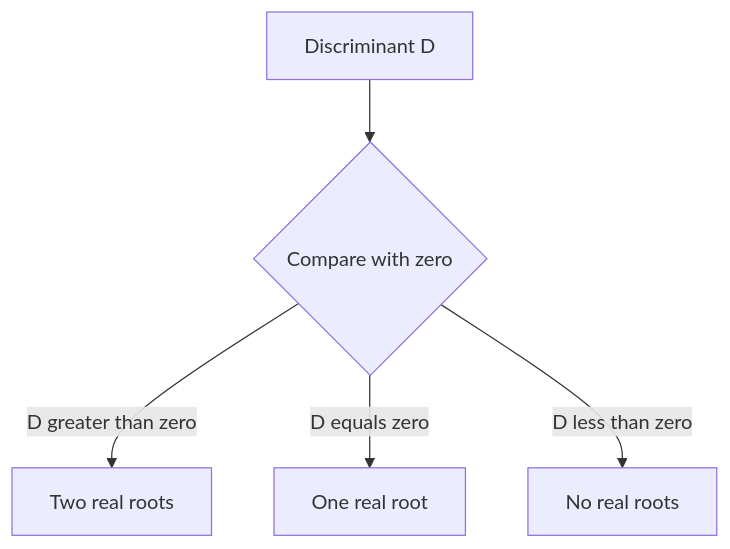
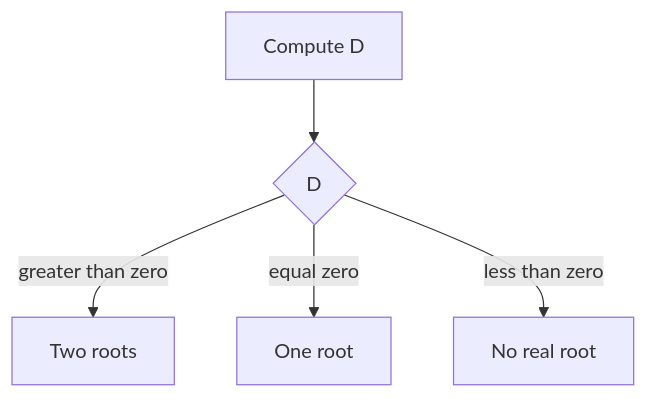
Before and after one commit to mthaiseer/springcloud-systemdesign-notes: the seventh of 14 diagrams in CP_DSA_NOTES/000_MATH/cp_dsa_math_visual_reference.md, drawn with Mermaid. The commit also changed other lines of this file, not shown here.

````diff
--- a/CP_DSA_NOTES/000_MATH/cp_dsa_math_visual_reference.md
+++ b/CP_DSA_NOTES/000_MATH/cp_dsa_math_visual_reference.md
@@ -232,7 +370,7 @@
 ```mermaid
 flowchart TD
-    A[Discriminant D] --> B{Compare with zero}
-    B -->|D greater than zero| C[Two real roots]
-    B -->|D equals zero| D[One real root]
-    B -->|D less than zero| E[No real roots]
+    A[Compute D] --> B{D}
+    B -->|greater than zero| C[Two roots]
+    B -->|equal zero| D[One root]
+    B -->|less than zero| E[No real root]
 ```
````
